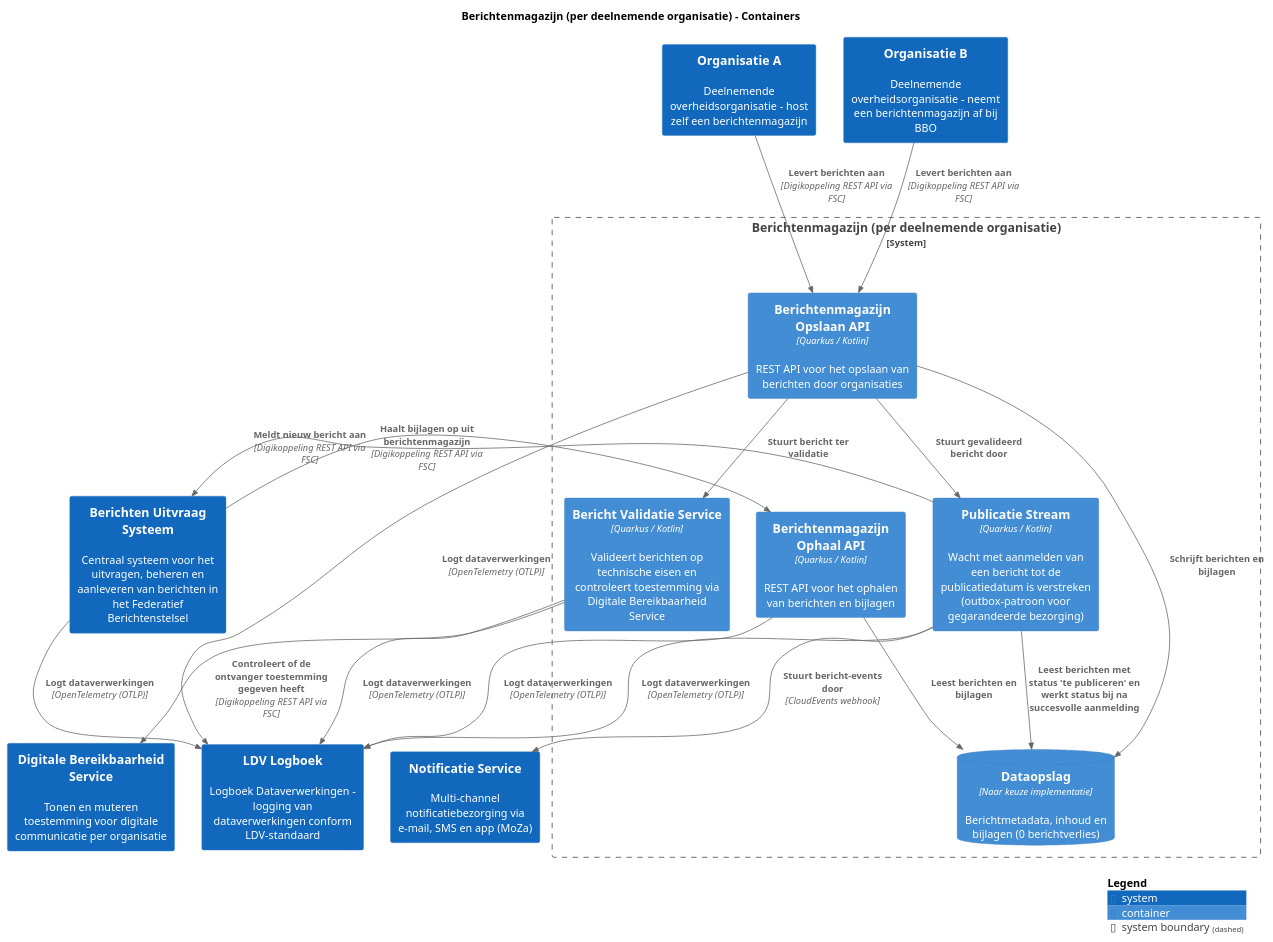
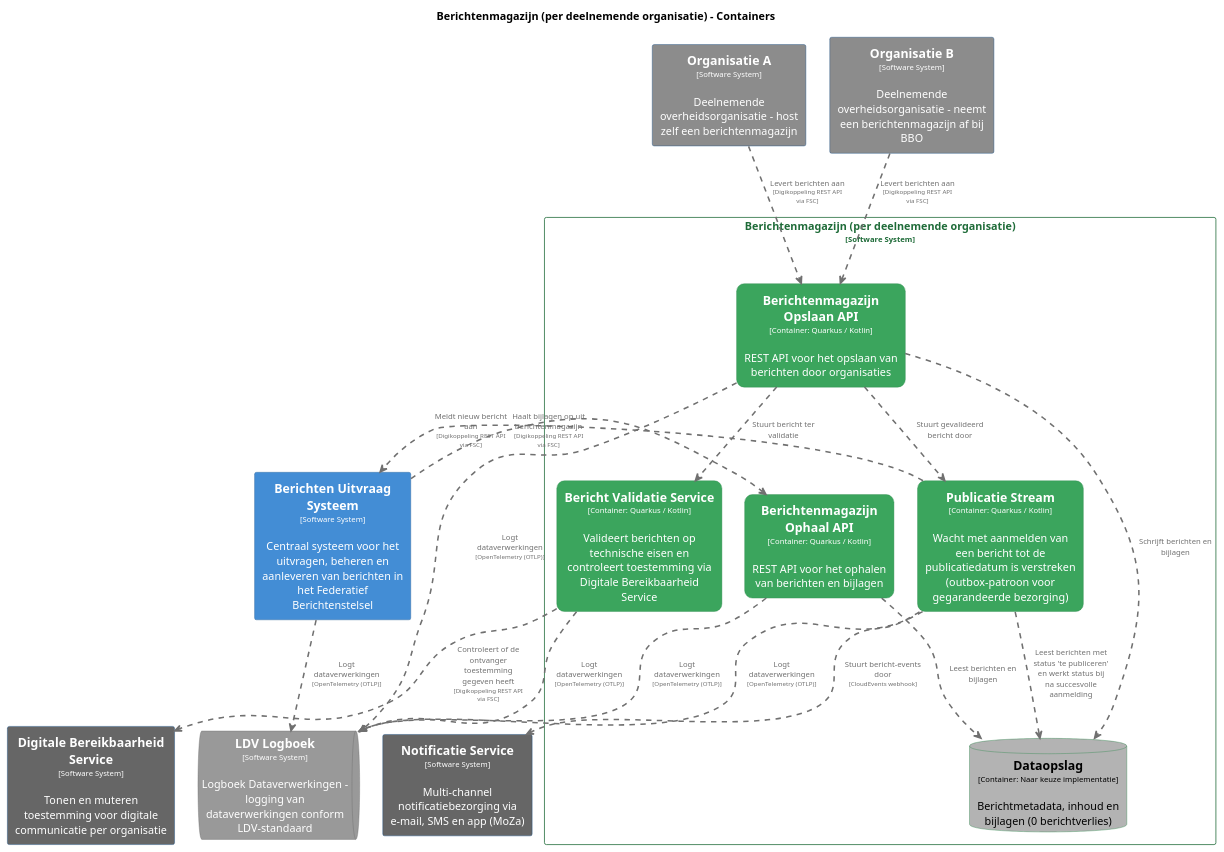
One commit to MinBZK/moza-poc-fbs-berichtenbox changed the diagram in master/puml/BerichtenmagazijnContainers.puml. Above: the diagram before and after it, drawn with PlantUML. The commit also changed 45 other files, not shown here.

```diff
--- a/master/puml/BerichtenmagazijnContainers.puml
+++ b/master/puml/BerichtenmagazijnContainers.puml
@@ -1,44 +1,125 @@
 @startuml
 set separator none
 title Berichtenmagazijn (per deelnemende organisatie) - Containers
 
 top to bottom direction
+skinparam ranksep 60
+skinparam nodesep 30
 
-!include <C4/C4>
-!include <C4/C4_Context>
-!include <C4/C4_Container>
-
-System(NotificatieService, "Notificatie Service", $descr="Multi-channel notificatiebezorging via e-mail, SMS en app (MoZa)", $tags="", $link="")
-System(DigitaleBereikbaarheidService, "Digitale Bereikbaarheid Service", $descr="Tonen en muteren toestemming voor digitale communicatie per organisatie", $tags="", $link="")
-System(OrganisatieA, "Organisatie A", $descr="Deelnemende overheidsorganisatie - host zelf een berichtenmagazijn", $tags="", $link="")
-System(OrganisatieB, "Organisatie B", $descr="Deelnemende overheidsorganisatie - neemt een berichtenmagazijn af bij BBO", $tags="", $link="")
-System(BerichtenUitvraagSysteem, "Berichten Uitvraag Systeem", $descr="Centraal systeem voor het uitvragen, beheren en aanleveren van berichten in het Federatief Berichtenstelsel", $tags="", $link="")
-System(LDVLogboek, "LDV Logboek", $descr="Logboek Dataverwerkingen - logging van dataverwerkingen conform LDV-standaard", $tags="", $link="")
-
-System_Boundary("Berichtenmagazijnperdeelnemendeorganisatie_boundary", "Berichtenmagazijn (per deelnemende organisatie)", $tags="") {
-  Container(Berichtenmagazijnperdeelnemendeorganisatie.BerichtenmagazijnOphaalAPI, "Berichtenmagazijn Ophaal API", $techn="Quarkus / Kotlin", $descr="REST API voor het ophalen van berichten en bijlagen", $tags="", $link="")
-  Container(Berichtenmagazijnperdeelnemendeorganisatie.BerichtenmagazijnOpslaanAPI, "Berichtenmagazijn Opslaan API", $techn="Quarkus / Kotlin", $descr="REST API voor het opslaan van berichten door organisaties", $tags="", $link="")
-  ContainerDb(Berichtenmagazijnperdeelnemendeorganisatie.Dataopslag, "Dataopslag", $techn="Naar keuze implementatie", $descr="Berichtmetadata, inhoud en bijlagen (0 berichtverlies)", $tags="", $link="")
-  Container(Berichtenmagazijnperdeelnemendeorganisatie.BerichtValidatieService, "Bericht Validatie Service", $techn="Quarkus / Kotlin", $descr="Valideert berichten op technische eisen en controleert toestemming via Digitale Bereikbaarheid Service", $tags="", $link="")
-  Container(Berichtenmagazijnperdeelnemendeorganisatie.PublicatieStream, "Publicatie Stream", $techn="Quarkus / Kotlin", $descr="Wacht met aanmelden van een bericht tot de publicatiedatum is verstreken (outbox-patroon voor gegarandeerde bezorging)", $tags="", $link="")
+skinparam {
+  arrowFontSize 10
+  defaultTextAlignment center
+  wrapWidth 200
+  maxMessageSize 100
 }
 
-Rel(Berichtenmagazijnperdeelnemendeorganisatie.BerichtValidatieService, LDVLogboek, "Logt dataverwerkingen", $techn="OpenTelemetry (OTLP)", $tags="", $link="")
-Rel(BerichtenUitvraagSysteem, LDVLogboek, "Logt dataverwerkingen", $techn="OpenTelemetry (OTLP)", $tags="", $link="")
-Rel(Berichtenmagazijnperdeelnemendeorganisatie.PublicatieStream, LDVLogboek, "Logt dataverwerkingen", $techn="OpenTelemetry (OTLP)", $tags="", $link="")
-Rel(Berichtenmagazijnperdeelnemendeorganisatie.BerichtenmagazijnOphaalAPI, Berichtenmagazijnperdeelnemendeorganisatie.Dataopslag, "Leest berichten en bijlagen", $techn="", $tags="", $link="")
-Rel(Berichtenmagazijnperdeelnemendeorganisatie.BerichtenmagazijnOpslaanAPI, Berichtenmagazijnperdeelnemendeorganisatie.Dataopslag, "Schrijft berichten en bijlagen", $techn="", $tags="", $link="")
-Rel(Berichtenmagazijnperdeelnemendeorganisatie.BerichtenmagazijnOpslaanAPI, Berichtenmagazijnperdeelnemendeorganisatie.BerichtValidatieService, "Stuurt bericht ter validatie", $techn="", $tags="", $link="")
-Rel(Berichtenmagazijnperdeelnemendeorganisatie.BerichtenmagazijnOpslaanAPI, Berichtenmagazijnperdeelnemendeorganisatie.PublicatieStream, "Stuurt gevalideerd bericht door", $techn="", $tags="", $link="")
-Rel(Berichtenmagazijnperdeelnemendeorganisatie.PublicatieStream, Berichtenmagazijnperdeelnemendeorganisatie.Dataopslag, "Leest berichten met status 'te publiceren' en werkt status bij na succesvolle aanmelding", $techn="", $tags="", $link="")
-Rel(BerichtenUitvraagSysteem, Berichtenmagazijnperdeelnemendeorganisatie.BerichtenmagazijnOphaalAPI, "Haalt bijlagen op uit berichtenmagazijn", $techn="Digikoppeling REST API via FSC", $tags="", $link="")
-Rel(Berichtenmagazijnperdeelnemendeorganisatie.PublicatieStream, BerichtenUitvraagSysteem, "Meldt nieuw bericht aan", $techn="Digikoppeling REST API via FSC", $tags="", $link="")
-Rel(Berichtenmagazijnperdeelnemendeorganisatie.PublicatieStream, NotificatieService, "Stuurt bericht-events door", $techn="CloudEvents webhook", $tags="", $link="")
-Rel(OrganisatieA, Berichtenmagazijnperdeelnemendeorganisatie.BerichtenmagazijnOpslaanAPI, "Levert berichten aan", $techn="Digikoppeling REST API via FSC", $tags="", $link="")
-Rel(OrganisatieB, Berichtenmagazijnperdeelnemendeorganisatie.BerichtenmagazijnOpslaanAPI, "Levert berichten aan", $techn="Digikoppeling REST API via FSC", $tags="", $link="")
-Rel(Berichtenmagazijnperdeelnemendeorganisatie.BerichtValidatieService, DigitaleBereikbaarheidService, "Controleert of de ontvanger toestemming gegeven heeft", $techn="Digikoppeling REST API via FSC", $tags="", $link="")
-Rel(Berichtenmagazijnperdeelnemendeorganisatie.BerichtenmagazijnOphaalAPI, LDVLogboek, "Logt dataverwerkingen", $techn="OpenTelemetry (OTLP)", $tags="", $link="")
-Rel(Berichtenmagazijnperdeelnemendeorganisatie.BerichtenmagazijnOpslaanAPI, LDVLogboek, "Logt dataverwerkingen", $techn="OpenTelemetry (OTLP)", $tags="", $link="")
+hide stereotype
 
-SHOW_LEGEND(true)
+skinparam rectangle<<Berichtenmagazijnperdeelnemendeorganisatie.BerichtValidatieService>> {
+  BackgroundColor #3ba55d
+  FontColor #ffffff
+  BorderColor #2d8a4e
+  roundCorner 20
+  shadowing false
+}
+skinparam rectangle<<BerichtenUitvraagSysteem>> {
+  BackgroundColor #438dd5
+  FontColor #ffffff
+  BorderColor #2e6295
+  shadowing false
+}
+skinparam rectangle<<Berichtenmagazijnperdeelnemendeorganisatie.BerichtenmagazijnOphaalAPI>> {
+  BackgroundColor #3ba55d
+  FontColor #ffffff
+  BorderColor #2d8a4e
+  roundCorner 20
+  shadowing false
+}
+skinparam rectangle<<Berichtenmagazijnperdeelnemendeorganisatie.BerichtenmagazijnOpslaanAPI>> {
+  BackgroundColor #3ba55d
+  FontColor #ffffff
+  BorderColor #2d8a4e
+  roundCorner 20
+  shadowing false
+}
+skinparam database<<Berichtenmagazijnperdeelnemendeorganisatie.Dataopslag>> {
+  BackgroundColor #b3b3b3
+  FontColor #000000
+  BorderColor #2d8a4e
+  shadowing false
+}
+skinparam rectangle<<DigitaleBereikbaarheidService>> {
+  BackgroundColor #666666
+  FontColor #ffffff
+  BorderColor #0b4884
+  shadowing false
+}
+skinparam queue<<LDVLogboek>> {
+  BackgroundColor #999999
+  FontColor #ffffff
+  BorderColor #6b6b6b
+  shadowing false
+}
+skinparam rectangle<<NotificatieService>> {
+  BackgroundColor #666666
+  FontColor #ffffff
+  BorderColor #0b4884
+  shadowing false
+}
+skinparam rectangle<<OrganisatieA>> {
+  BackgroundColor #8c8c8c
+  FontColor #ffffff
+  BorderColor #0b4884
+  shadowing false
+}
+skinparam rectangle<<OrganisatieB>> {
+  BackgroundColor #8c8c8c
+  FontColor #ffffff
+  BorderColor #0b4884
+  shadowing false
+}
+skinparam rectangle<<Berichtenmagazijnperdeelnemendeorganisatie.PublicatieStream>> {
+  BackgroundColor #3ba55d
+  FontColor #ffffff
+  BorderColor #2d8a4e
+  roundCorner 20
+  shadowing false
+}
+skinparam rectangle<<Berichtenmagazijnperdeelnemendeorganisatie>> {
+  BorderColor #1e6b38
+  FontColor #1e6b38
+  shadowing false
+}
+
+rectangle "==Notificatie Service\n<size:10>[Software System]</size>\n\nMulti-channel notificatiebezorging via e-mail, SMS en app (MoZa)" <<NotificatieService>> as NotificatieService
+rectangle "==Digitale Bereikbaarheid Service\n<size:10>[Software System]</size>\n\nTonen en muteren toestemming voor digitale communicatie per organisatie" <<DigitaleBereikbaarheidService>> as DigitaleBereikbaarheidService
+rectangle "==Organisatie A\n<size:10>[Software System]</size>\n\nDeelnemende overheidsorganisatie - host zelf een berichtenmagazijn" <<OrganisatieA>> as OrganisatieA
+rectangle "==Organisatie B\n<size:10>[Software System]</size>\n\nDeelnemende overheidsorganisatie - neemt een berichtenmagazijn af bij BBO" <<OrganisatieB>> as OrganisatieB
+rectangle "==Berichten Uitvraag Systeem\n<size:10>[Software System]</size>\n\nCentraal systeem voor het uitvragen, beheren en aanleveren van berichten in het Federatief Berichtenstelsel" <<BerichtenUitvraagSysteem>> as BerichtenUitvraagSysteem
+queue "==LDV Logboek\n<size:10>[Software System]</size>\n\nLogboek Dataverwerkingen - logging van dataverwerkingen conform LDV-standaard" <<LDVLogboek>> as LDVLogboek
+
+rectangle "Berichtenmagazijn (per deelnemende organisatie)\n<size:10>[Software System]</size>" <<Berichtenmagazijnperdeelnemendeorganisatie>> {
+  rectangle "==Berichtenmagazijn Ophaal API\n<size:10>[Container: Quarkus / Kotlin]</size>\n\nREST API voor het ophalen van berichten en bijlagen" <<Berichtenmagazijnperdeelnemendeorganisatie.BerichtenmagazijnOphaalAPI>> as Berichtenmagazijnperdeelnemendeorganisatie.BerichtenmagazijnOphaalAPI
+  rectangle "==Berichtenmagazijn Opslaan API\n<size:10>[Container: Quarkus / Kotlin]</size>\n\nREST API voor het opslaan van berichten door organisaties" <<Berichtenmagazijnperdeelnemendeorganisatie.BerichtenmagazijnOpslaanAPI>> as Berichtenmagazijnperdeelnemendeorganisatie.BerichtenmagazijnOpslaanAPI
+  database "==Dataopslag\n<size:10>[Container: Naar keuze implementatie]</size>\n\nBerichtmetadata, inhoud en bijlagen (0 berichtverlies)" <<Berichtenmagazijnperdeelnemendeorganisatie.Dataopslag>> as Berichtenmagazijnperdeelnemendeorganisatie.Dataopslag
+  rectangle "==Bericht Validatie Service\n<size:10>[Container: Quarkus / Kotlin]</size>\n\nValideert berichten op technische eisen en controleert toestemming via Digitale Bereikbaarheid Service" <<Berichtenmagazijnperdeelnemendeorganisatie.BerichtValidatieService>> as Berichtenmagazijnperdeelnemendeorganisatie.BerichtValidatieService
+  rectangle "==Publicatie Stream\n<size:10>[Container: Quarkus / Kotlin]</size>\n\nWacht met aanmelden van een bericht tot de publicatiedatum is verstreken (outbox-patroon voor gegarandeerde bezorging)" <<Berichtenmagazijnperdeelnemendeorganisatie.PublicatieStream>> as Berichtenmagazijnperdeelnemendeorganisatie.PublicatieStream
+}
+
+Berichtenmagazijnperdeelnemendeorganisatie.BerichtValidatieService .[#707070,thickness=2].> LDVLogboek : "<color:#707070>Logt dataverwerkingen\n<color:#707070><size:8>[OpenTelemetry (OTLP)]</size>"
+BerichtenUitvraagSysteem .[#707070,thickness=2].> LDVLogboek : "<color:#707070>Logt dataverwerkingen\n<color:#707070><size:8>[OpenTelemetry (OTLP)]</size>"
+Berichtenmagazijnperdeelnemendeorganisatie.PublicatieStream .[#707070,thickness=2].> LDVLogboek : "<color:#707070>Logt dataverwerkingen\n<color:#707070><size:8>[OpenTelemetry (OTLP)]</size>"
+Berichtenmagazijnperdeelnemendeorganisatie.BerichtenmagazijnOphaalAPI .[#707070,thickness=2].> Berichtenmagazijnperdeelnemendeorganisatie.Dataopslag : "<color:#707070>Leest berichten en bijlagen"
+Berichtenmagazijnperdeelnemendeorganisatie.BerichtenmagazijnOpslaanAPI .[#707070,thickness=2].> Berichtenmagazijnperdeelnemendeorganisatie.Dataopslag : "<color:#707070>Schrijft berichten en bijlagen"
+Berichtenmagazijnperdeelnemendeorganisatie.BerichtenmagazijnOpslaanAPI .[#707070,thickness=2].> Berichtenmagazijnperdeelnemendeorganisatie.BerichtValidatieService : "<color:#707070>Stuurt bericht ter validatie"
+Berichtenmagazijnperdeelnemendeorganisatie.BerichtenmagazijnOpslaanAPI .[#707070,thickness=2].> Berichtenmagazijnperdeelnemendeorganisatie.PublicatieStream : "<color:#707070>Stuurt gevalideerd bericht door"
+Berichtenmagazijnperdeelnemendeorganisatie.PublicatieStream .[#707070,thickness=2].> Berichtenmagazijnperdeelnemendeorganisatie.Dataopslag : "<color:#707070>Leest berichten met status 'te publiceren' en werkt status bij na succesvolle aanmelding"
+BerichtenUitvraagSysteem .[#707070,thickness=2].> Berichtenmagazijnperdeelnemendeorganisatie.BerichtenmagazijnOphaalAPI : "<color:#707070>Haalt bijlagen op uit berichtenmagazijn\n<color:#707070><size:8>[Digikoppeling REST API via FSC]</size>"
+Berichtenmagazijnperdeelnemendeorganisatie.PublicatieStream .[#707070,thickness=2].> BerichtenUitvraagSysteem : "<color:#707070>Meldt nieuw bericht aan\n<color:#707070><size:8>[Digikoppeling REST API via FSC]</size>"
+Berichtenmagazijnperdeelnemendeorganisatie.PublicatieStream .[#707070,thickness=2].> NotificatieService : "<color:#707070>Stuurt bericht-events door\n<color:#707070><size:8>[CloudEvents webhook]</size>"
+OrganisatieA .[#707070,thickness=2].> Berichtenmagazijnperdeelnemendeorganisatie.BerichtenmagazijnOpslaanAPI : "<color:#707070>Levert berichten aan\n<color:#707070><size:8>[Digikoppeling REST API via FSC]</size>"
+OrganisatieB .[#707070,thickness=2].> Berichtenmagazijnperdeelnemendeorganisatie.BerichtenmagazijnOpslaanAPI : "<color:#707070>Levert berichten aan\n<color:#707070><size:8>[Digikoppeling REST API via FSC]</size>"
+Berichtenmagazijnperdeelnemendeorganisatie.BerichtValidatieService .[#707070,thickness=2].> DigitaleBereikbaarheidService : "<color:#707070>Controleert of de ontvanger toestemming gegeven heeft\n<color:#707070><size:8>[Digikoppeling REST API via FSC]</size>"
+Berichtenmagazijnperdeelnemendeorganisatie.BerichtenmagazijnOphaalAPI .[#707070,thickness=2].> LDVLogboek : "<color:#707070>Logt dataverwerkingen\n<color:#707070><size:8>[OpenTelemetry (OTLP)]</size>"
+Berichtenmagazijnperdeelnemendeorganisatie.BerichtenmagazijnOpslaanAPI .[#707070,thickness=2].> LDVLogboek : "<color:#707070>Logt dataverwerkingen\n<color:#707070><size:8>[OpenTelemetry (OTLP)]</size>"
 @enduml
```
